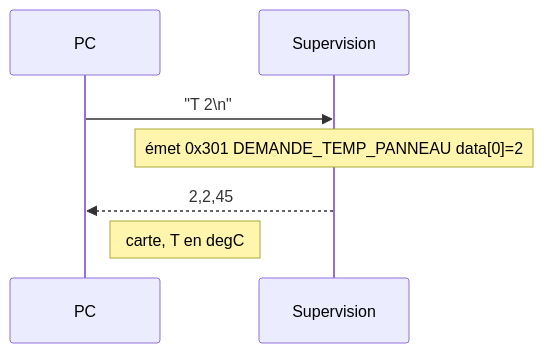
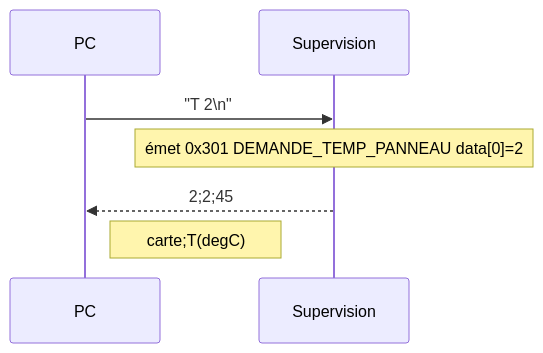
Before and after one commit to baptisteB00/Projet_LAOS: the fifth of 8 diagrams in docs/serial_protocol.md, drawn with Mermaid. The commit also changed other lines of this file, not shown here.

Commit message:
fix : point-virgules dans diagrammes mermaid via entite #59;

````diff
--- a/docs/serial_protocol.md
+++ b/docs/serial_protocol.md
@@ -183,10 +183,10 @@
 ```mermaid
 sequenceDiagram
     participant PC
     participant SUP as Supervision
 
     PC->>SUP: "T 2\n"
     Note over SUP: émet 0x301 DEMANDE_TEMP_PANNEAU data[0]=2
-    SUP-->>PC: 2,2,45
-    Note right of PC: carte, T en degC
+    SUP-->>PC: 2#59;2#59;45
+    Note right of PC: carte#59;T(degC)
 ```
````
